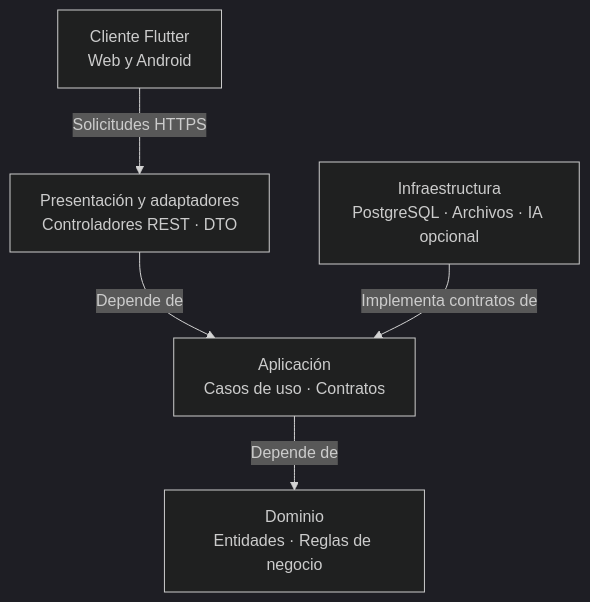
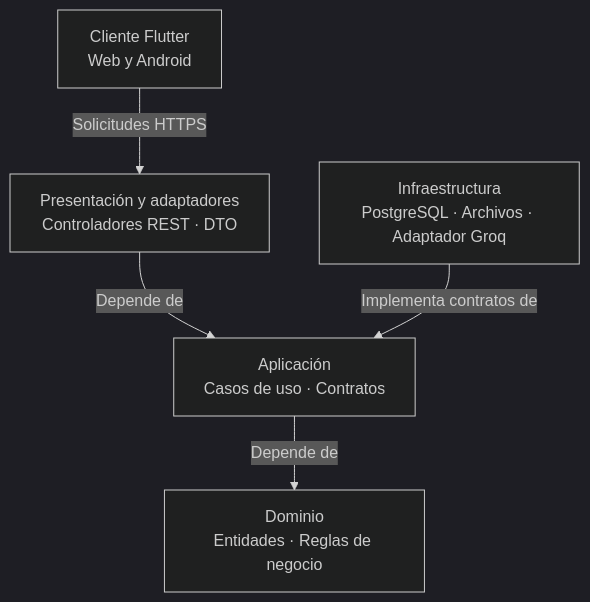
One commit to Juanjo166/ArquitSoft-ANALISIS-DE-CASO-ARQUITECTURA-Juan-Huaman changed the diagram in docs/02-arquitectura-software/enfoque-arquitectonico.md. Above: the diagram before and after it, drawn with Mermaid (dark theme). The commit also changed other lines of this file and 47 other files, not shown here.

````diff
--- a/docs/02-arquitectura-software/enfoque-arquitectonico.md
+++ b/docs/02-arquitectura-software/enfoque-arquitectonico.md
@@ -20,13 +20,13 @@
 ```mermaid
 flowchart TB
     Flutter["Cliente Flutter<br/>Web y Android"]
     Presentacion["Presentación y adaptadores<br/>Controladores REST · DTO"]
     Aplicacion["Aplicación<br/>Casos de uso · Contratos"]
     Dominio["Dominio<br/>Entidades · Reglas de negocio"]
-    Infraestructura["Infraestructura<br/>PostgreSQL · Archivos · IA opcional"]
+    Infraestructura["Infraestructura<br/>PostgreSQL · Archivos · Adaptador Groq"]
 
     Flutter -->|"Solicitudes HTTPS"| Presentacion
     Presentacion -->|"Depende de"| Aplicacion
     Aplicacion -->|"Depende de"| Dominio
     Infraestructura -->|"Implementa contratos de"| Aplicacion
 ```
````
